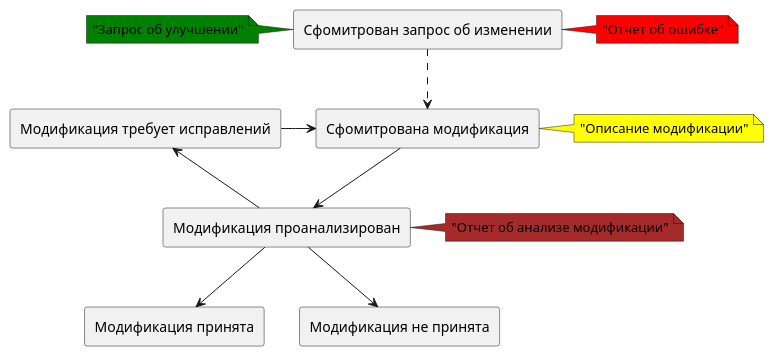
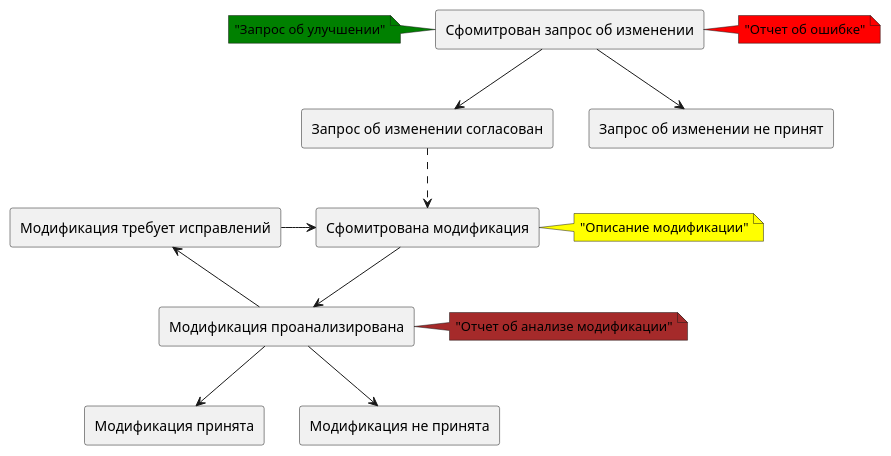
One commit to shchuko/itmo-project-docs changed the diagram in images/maintenance_process.puml. Above: the diagram before and after it, drawn with PlantUML. The commit also changed 3 other files, not shown here.

```diff
--- a/images/maintenance_process.puml
+++ b/images/maintenance_process.puml
@@ -1,23 +1,27 @@
 @startuml
 
-rectangle "Сфомитрован запрос об изменении" as Report
-rectangle "Сфомитрована модификация" as ModificationRequest
-rectangle "Модификация проанализирован" as ModificationAnalysis
+rectangle "Сфомитрован запрос об изменении" as ReportCreated
+rectangle "Запрос об изменении согласован" as ReportAccepted
+rectangle "Запрос об изменении не принят" as ReportRejected
+rectangle "Сфомитрована модификация" as ModificationRequestCreated
+rectangle "Модификация проанализирована" as ModificationAnalysisDone
 rectangle "Модификация принята" as ModificationAccepted
-rectangle "Модификация не принята" as ModificationReject
-rectangle "Модификация требует исправлений" as ModificationToBeImproved
+rectangle "Модификация не принята" as ModificationRejected
+rectangle "Модификация требует исправлений" as ModificationMustBeImproved
 
 
-Report .DOWN.> ModificationRequest
-ModificationRequest -DOWN-> ModificationAnalysis
-ModificationAnalysis -DOWN-> ModificationAccepted
-ModificationAnalysis -DOWN-> ModificationReject
-ModificationAnalysis -LEFT-> ModificationToBeImproved
-ModificationToBeImproved -> ModificationRequest
+ReportCreated --> ReportRejected
+ReportCreated --> ReportAccepted
+ReportAccepted .DOWN.> ModificationRequestCreated
+ModificationRequestCreated -DOWN-> ModificationAnalysisDone
+ModificationAnalysisDone -DOWN-> ModificationAccepted
+ModificationAnalysisDone -DOWN-> ModificationRejected
+ModificationAnalysisDone -LEFT-> ModificationMustBeImproved
+ModificationMustBeImproved -> ModificationRequestCreated
 
-note left of Report #green: "Запрос об улучшении"
-note right of Report #red: "Отчет об ошибке"
-note right of ModificationRequest #yellow: "Описание модификации"
+note left of ReportCreated #green: "Запрос об улучшении"
+note right of ReportCreated #red: "Отчет об ошибке"
+note right of ModificationRequestCreated #yellow: "Описание модификации"
 
-note right of ModificationAnalysis #brown: "Отчет об анализе модификации"
+note right of ModificationAnalysisDone #brown: "Отчет об анализе модификации"
 @enduml
```
